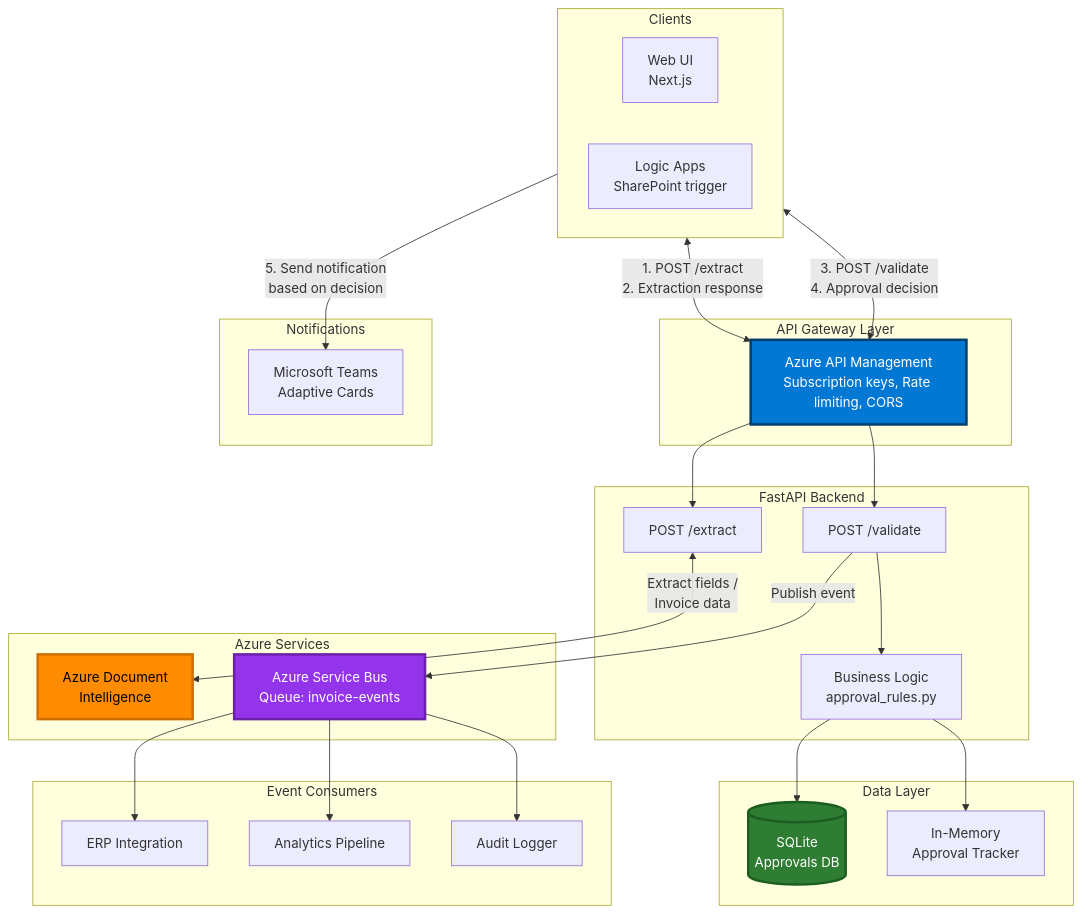
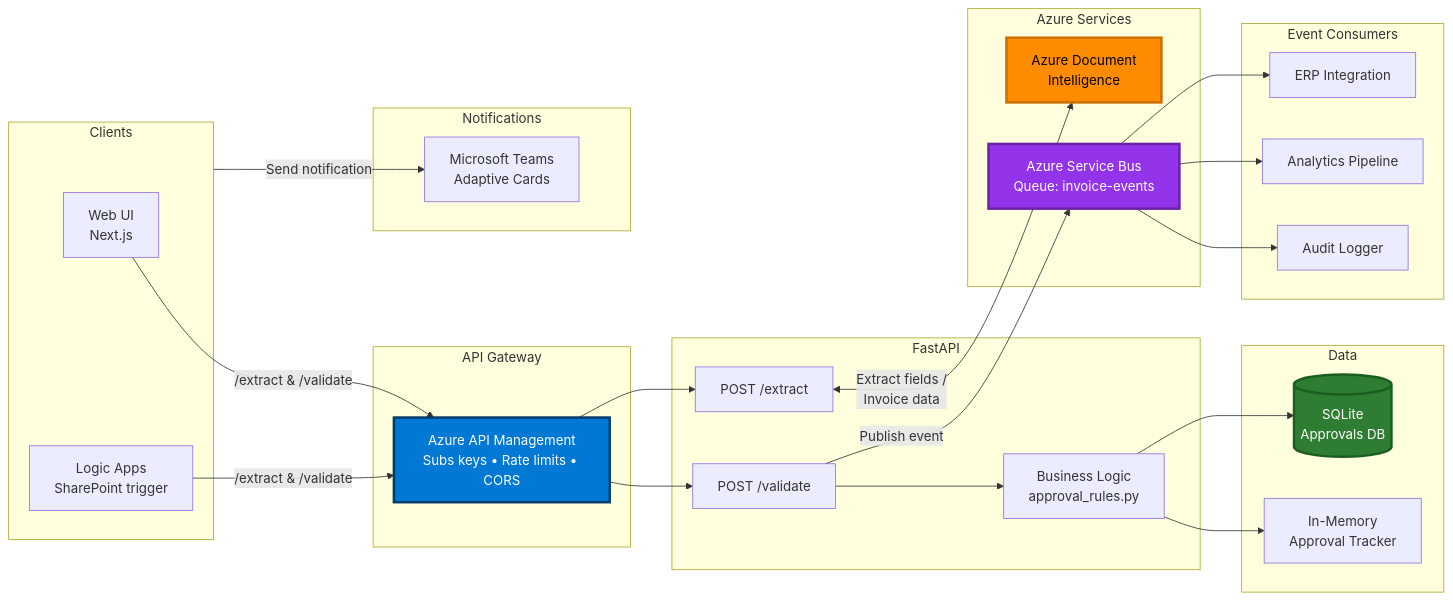
The first of 5 diagrams in INTEGRATION_DESIGN.md (ammons-datalabs/adl-m365-automation-starter), drawn with Mermaid before and after one commit.

Commit message:
Refactor architecture diagram to horizontal layout for better readability

````diff
--- a/INTEGRATION_DESIGN.md
+++ b/INTEGRATION_DESIGN.md
@@ -17,63 +17,50 @@
 ```mermaid
-flowchart TB
-    subgraph Clients
-        A1[Web UI<br/>Next.js]
-        A2[Logic Apps<br/>SharePoint trigger]
-    end
+flowchart LR
+  subgraph Clients
+    A1[Web UI<br/>Next.js]
+    A2[Logic Apps<br/>SharePoint trigger]
+  end
 
-    subgraph Gateway["API Gateway Layer"]
-        B[Azure API Management<br/>Subscription keys, Rate limiting, CORS]
-    end
+  subgraph Gateway["API Gateway"]
+    B[Azure API Management<br/>Subs keys • Rate limits • CORS]
+  end
 
-    subgraph Backend["FastAPI Backend"]
-        C1["POST /extract"]
-        C2["POST /validate"]
-        D[Business Logic<br/>approval_rules.py]
-    end
+  subgraph Backend["FastAPI"]
+    C1["POST /extract"]
+    C2["POST /validate"]
+    D[Business Logic<br/>approval_rules.py]
+  end
 
-    subgraph Storage["Data Layer"]
-        E1[(SQLite<br/>Approvals DB)]
-        E2[In-Memory<br/>Approval Tracker]
-    end
+  subgraph Storage["Data"]
+    E1[(SQLite<br/>Approvals DB)]
+    E2[In-Memory<br/>Approval Tracker]
+  end
 
-    subgraph Azure["Azure Services"]
-        F[Azure Document<br/>Intelligence]
-        G[Azure Service Bus<br/>Queue: invoice-events]
-    end
+  subgraph Azure["Azure Services"]
+    F[Azure Document<br/>Intelligence]
+    G[Azure Service Bus<br/>Queue: invoice-events]
+  end
 
-    subgraph Notifications
-        H[Microsoft Teams<br/>Adaptive Cards]
-    end
+  subgraph Notifications
+    H[Microsoft Teams<br/>Adaptive Cards]
+  end
 
-    subgraph Downstream["Event Consumers"]
-        I1[ERP Integration]
-        I2[Analytics Pipeline]
-        I3[Audit Logger]
-    end
+  subgraph Downstream["Event Consumers"]
+    I1[ERP Integration]
+    I2[Analytics Pipeline]
+    I3[Audit Logger]
+  end
 
-    %% Client to API flows (bidirectional request/response)
-    Clients <-->|1. POST /extract<br/>2. Extraction response| B
-    Clients <-->|3. POST /validate<br/>4. Approval decision| B
+  %% Flows
+  A1 & A2 -->|/extract & /validate| B --> C1 & C2
+  C1 <-->|Extract fields /<br/>Invoice data| F
+  C2 --> D --> E1 & E2
+  C2 -->|Publish event| G --> I1 & I2 & I3
+  Clients -->|Send notification| H
 
-    %% API Gateway routing
-    B --> C1 & C2
-
-    %% Extraction flow
-    C1 <-->|Extract fields /<br/>Invoice data| F
-
-    %% Validation flow
-    C2 --> D
-    D --> E1 & E2
-    C2 -->|Publish event| G
-
-    %% Client orchestration (one-way)
-    Clients -->|5. Send notification<br/>based on decision| H
-
-    %% Downstream processing (one-way)
-    G --> I1 & I2 & I3
-
-    style B fill:#0078d4,stroke:#003d6b,stroke-width:3px,color:#fff
-    style F fill:#ff8c00,stroke:#cc6f00,stroke-width:3px,color:#000
-    style G fill:#9333ea,stroke:#6b21a8,stroke-width:3px,color:#fff
-    style E1 fill:#2e7d32,stroke:#1b5e20,stroke-width:3px,color:#fff
+  %% Styling
+  style B fill:#0078d4,stroke:#003d6b,stroke-width:3px,color:#fff
+  style F fill:#ff8c00,stroke:#cc6f00,stroke-width:3px,color:#000
+  style G fill:#9333ea,stroke:#6b21a8,stroke-width:3px,color:#fff
+  style E1 fill:#2e7d32,stroke:#1b5e20,stroke-width:3px,color:#fff
 ```
````
